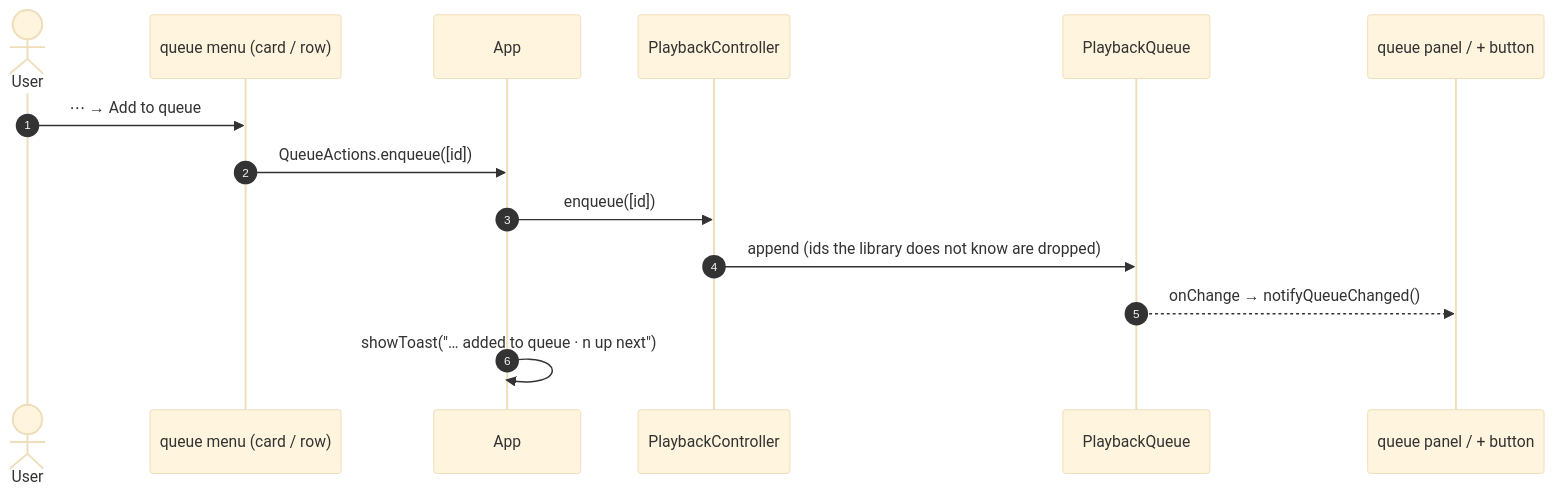
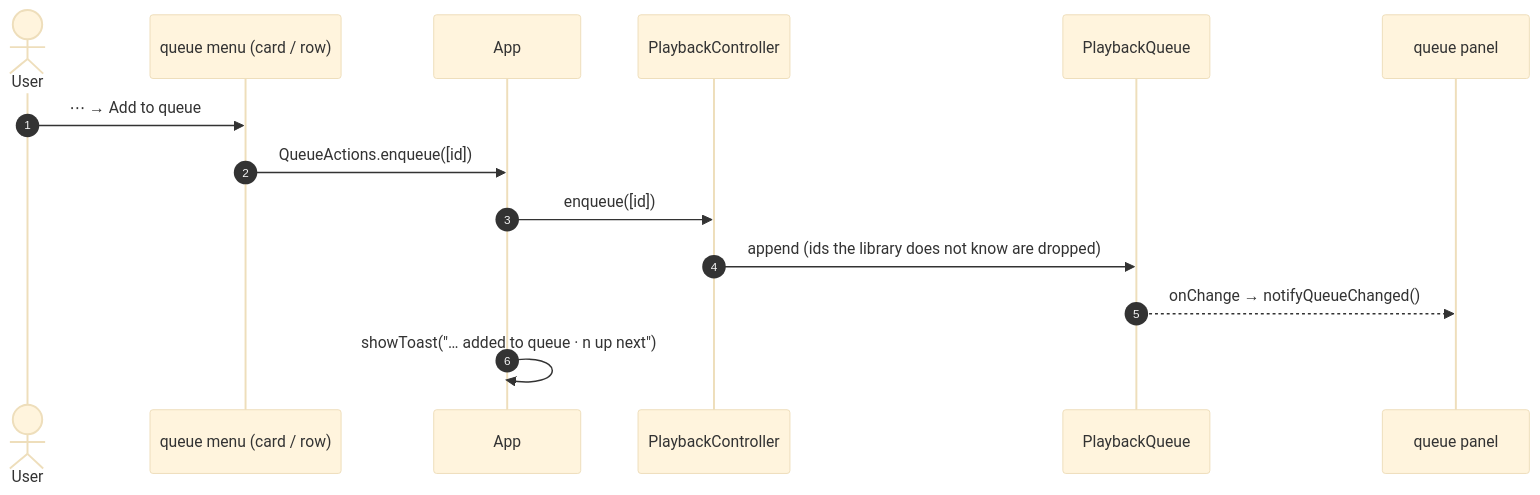
One commit to lumbar-spine-support/docker-haptic-player changed the second of 4 diagrams in docs/developer/use-cases/queue.md. Above: the diagram before and after it, drawn with Mermaid (base theme). The commit also changed other lines of this file and 11 other files, not shown here.

First line of the commit message:
feat(player): rework the queue panel; favorite moves to the top bar

````diff
--- a/docs/developer/use-cases/queue.md
+++ b/docs/developer/use-cases/queue.md
@@ -34,17 +34,17 @@
 ```mermaid
 sequenceDiagram
   autonumber
   actor U as User
   participant M as queue menu (card / row)
   participant A as App
   participant PC as PlaybackController
   participant Q as PlaybackQueue
-  participant UI as queue panel / + button
+  participant UI as queue panel
 
   U->>M: ⋯ → Add to queue
   M->>A: QueueActions.enqueue([id])
   A->>PC: enqueue([id])
   PC->>Q: append (ids the library does not know are dropped)
   Q-->>UI: onChange → notifyQueueChanged()
   A->>A: showToast("… added to queue · n up next")
 ```
````
